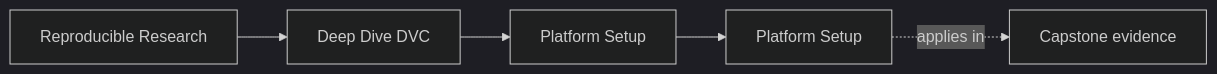
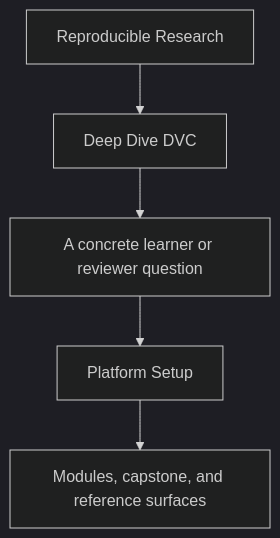
The first of 2 diagrams in programs/reproducible-research/deep-dive-dvc/course-book/guides/platform-setup.md (bijux/bijux-masterclass), drawn with Mermaid (dark theme) before and after one commit. The commit also changed other lines of this file and 31 other files, not shown here.

Commit message:
docs(deep-dive-dvc): sharpen guide and reference diagrams

````diff
--- a/programs/reproducible-research/deep-dive-dvc/course-book/guides/platform-setup.md
+++ b/programs/reproducible-research/deep-dive-dvc/course-book/guides/platform-setup.md
@@ -9,11 +9,7 @@
 ```mermaid
-graph LR
-  family["Reproducible Research"]
-  program["Deep Dive DVC"]
-  section["Platform Setup"]
-  page["Platform Setup"]
-  capstone["Capstone evidence"]
-
-  family --> program --> section --> page
-  page -.applies in.-> capstone
+flowchart TD
+  family["Reproducible Research"] --> program["Deep Dive DVC"]
+  program --> pressure["A concrete learner or reviewer question"]
+  pressure --> guide["Platform Setup"]
+  guide --> next["Modules, capstone, and reference surfaces"]
 ```
````
